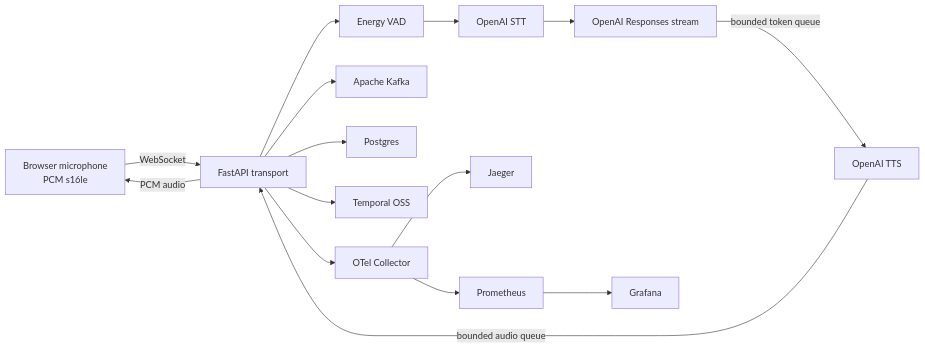
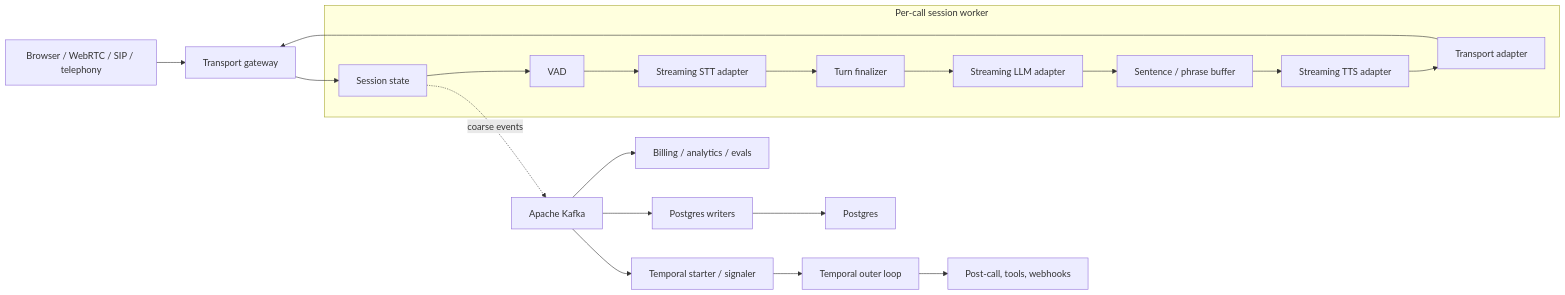
The diagram in README.md (sivagirish81/VoiceMesh), drawn with Mermaid before and after one commit. The commit also changed other lines of this file and 10 other files, not shown here.

Commit message:
docs: clarify realtime architecture boundaries

````diff
--- a/README.md
+++ b/README.md
@@ -29,18 +30,26 @@
 ```mermaid
 flowchart LR
-    Browser["Browser microphone<br/>PCM s16le"] -->|WebSocket| API["FastAPI transport"]
-    API --> VAD["Energy VAD"]
-    VAD --> STT["OpenAI STT"]
-    STT --> LLM["OpenAI Responses stream"]
-    LLM -->|"bounded token queue"| TTS["OpenAI TTS"]
-    TTS -->|"bounded audio queue"| API
-    API -->|PCM audio| Browser
+    Client["Browser / WebRTC / SIP / telephony"] --> Gateway["Transport gateway"]
 
-    API --> Kafka["Apache Kafka"]
-    API --> PG["Postgres"]
-    API --> Temporal["Temporal OSS"]
-    API --> OTEL["OTel Collector"]
-    OTEL --> Jaeger["Jaeger"]
-    OTEL --> Prom["Prometheus"]
-    Prom --> Grafana["Grafana"]
+    subgraph Hot["Per-call session worker"]
+      Session["Session state"]
+      VAD["VAD"]
+      STT["Streaming STT adapter"]
+      Turn["Turn finalizer"]
+      LLM["Streaming LLM adapter"]
+      Buffer["Sentence / phrase buffer"]
+      TTS["Streaming TTS adapter"]
+      Transport["Transport adapter"]
+      Session --> VAD --> STT --> Turn --> LLM --> Buffer --> TTS --> Transport
+    end
+
+    Gateway --> Session
+    Transport --> Gateway
+    Session -. "coarse events" .-> Kafka["Apache Kafka"]
+    Kafka --> Writers["Postgres writers"]
+    Kafka --> Billing["Billing / analytics / evals"]
+    Kafka --> Bridge["Temporal starter / signaler"]
+    Writers --> Postgres["Postgres"]
+    Bridge --> Temporal["Temporal outer loop"]
+    Temporal --> Activities["Post-call, tools, webhooks"]
 ```
````
